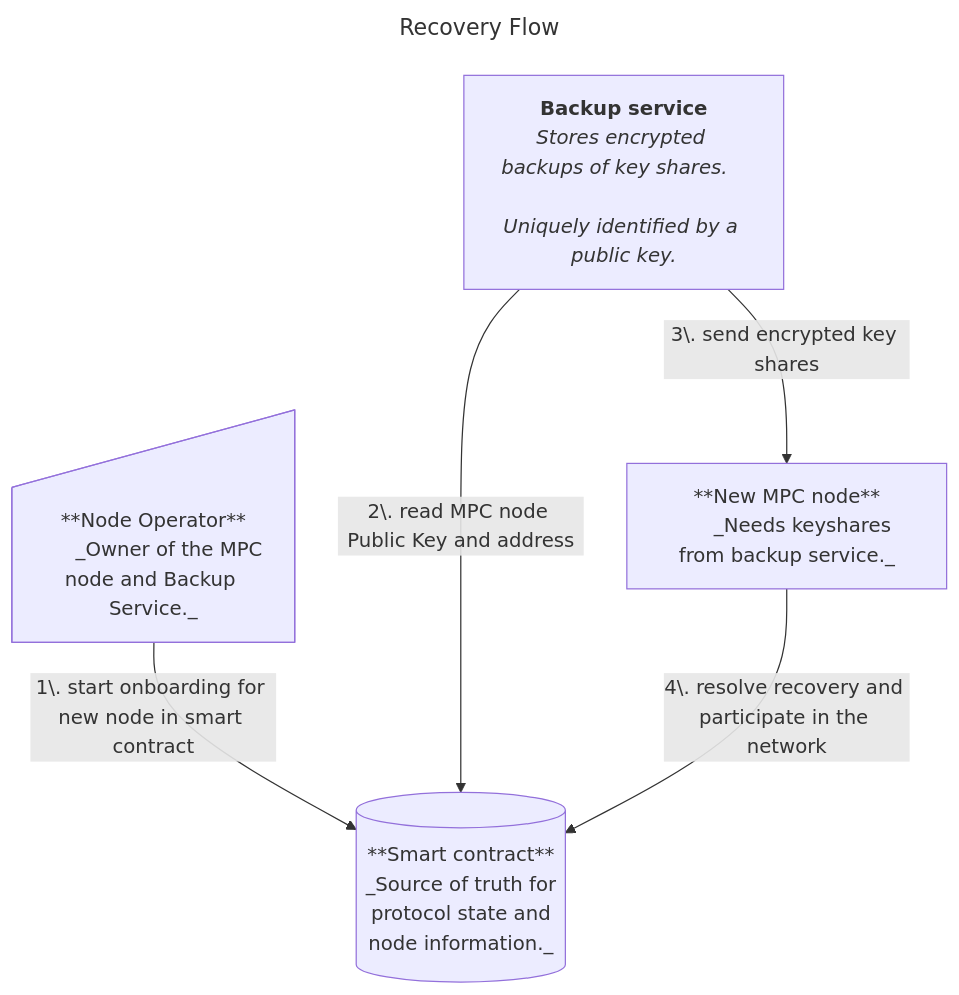
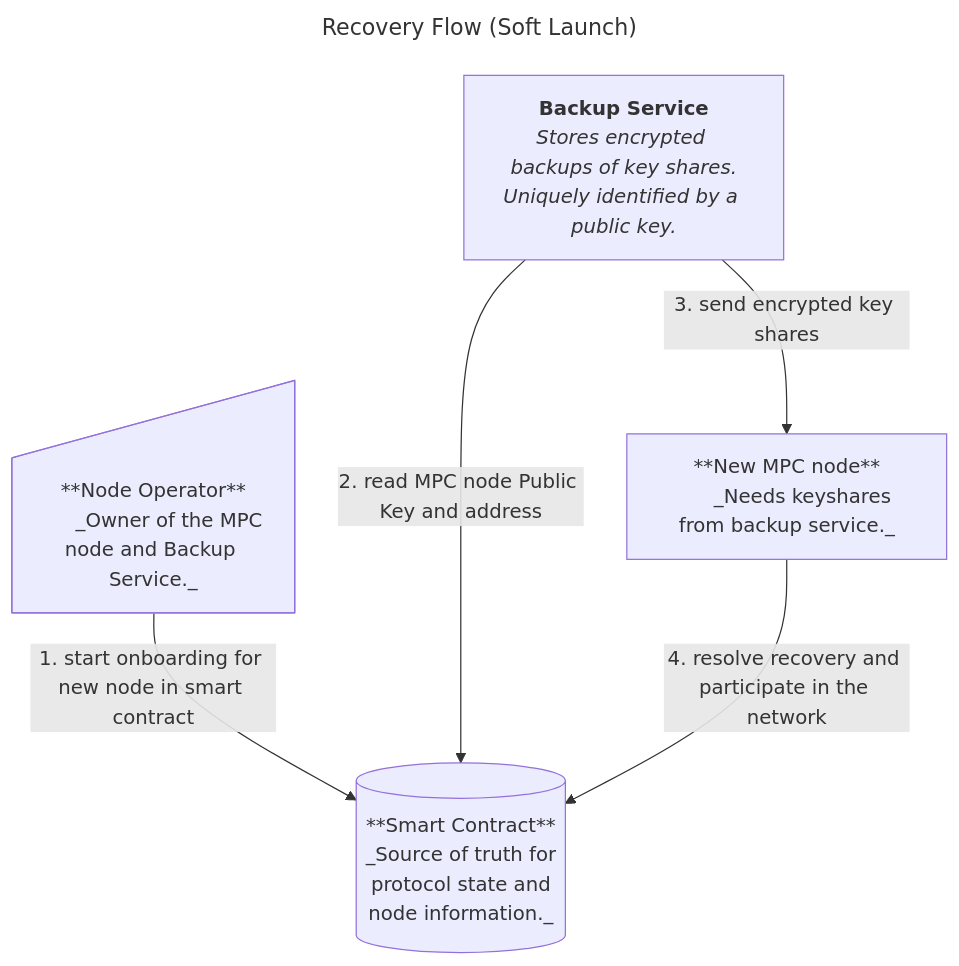
The third of 4 diagrams in docs/migration-service.md (near/mpc), drawn with Mermaid before and after one commit. The commit also changed other lines of this file, not shown here.

First line of the commit message:
feat: Design TEE-enabled backup service

````diff
--- a/docs/migration-service.md
+++ b/docs/migration-service.md
@@ -94,30 +187,30 @@
 ```mermaid
 ---
-title: Recovery Flow
+title: Recovery Flow (Soft Launch)
 ---
 flowchart TD
     NO["**Node Operator**
       _Owner of the MPC node and Backup Service._"]
 
-    SC["**Smart contract**
+    SC["**Smart Contract**
       _Source of truth for
       protocol state and
       node information._"]
-      
-    BS@{ label: "**Backup service**
-        _Stores encrypted backups of key shares.     
+
+    BS@{ label: "**Backup Service**
+        _Stores encrypted backups of key shares.
         Uniquely identified by a public key._" }
 
     MPC["**New MPC node**
       _Needs keyshares from backup service._"]
-    
-    NO -- "1\. start onboarding for new node in smart contract" --> SC
-    BS -- "2\. read MPC node Public Key and address" --> SC
-    BS -- "3\. send encrypted key shares" --> MPC
-    MPC -- "4\. resolve recovery and participate in the network" --> SC
+
+    NO -- "1. start onboarding for new node in smart contract" --> SC
+    BS -- "2. read MPC node Public Key and address" --> SC
+    BS -- "3. send encrypted key shares" --> MPC
+    MPC -- "4. resolve recovery and participate in the network" --> SC
 
     NO@{ shape: manual-input}
     SC@{ shape: db}
     BS@{ shape: proc}
     MPC@{ shape: proc}
 ```
````
